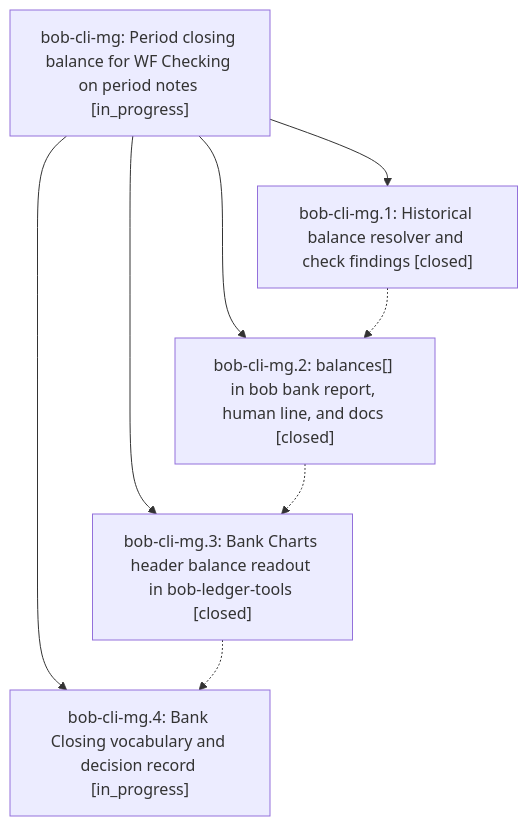
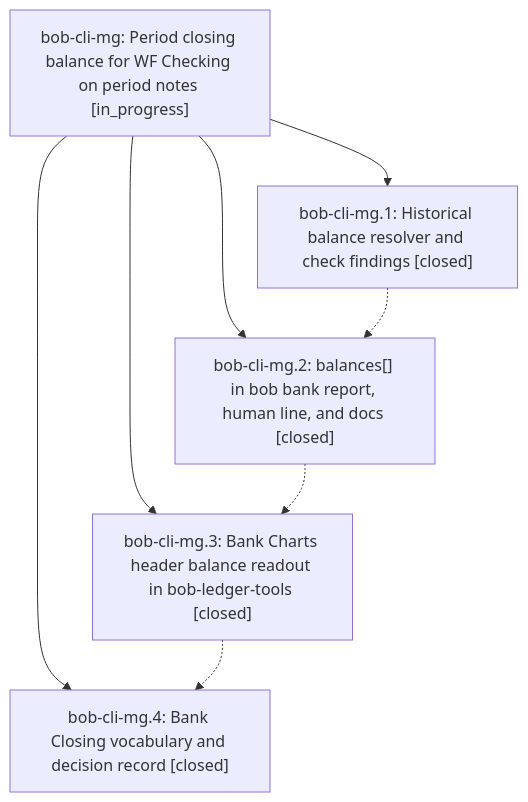
Before and after one commit to bobs-org/bob-cli--beads: the diagram in pages/bob-cli-mg/README.md, drawn with Mermaid. The commit also changed other lines of this file and 2 other files, not shown here.

First line of the commit message:
chore(beads): sync bead state and pages for bob-cli-mg

````diff
--- a/pages/bob-cli-mg/README.md
+++ b/pages/bob-cli-mg/README.md
@@ -39,15 +39,15 @@
 ```mermaid
 flowchart TD
     n0["bob-cli-mg: Period closing balance for WF Checking on period notes [in_progress]"]
     n1["bob-cli-mg.1: Historical balance resolver and check findings [closed]"]
     n2["bob-cli-mg.2: balances[] in bob bank report, human line, and docs [closed]"]
     n3["bob-cli-mg.3: Bank Charts header balance readout in bob-ledger-tools [closed]"]
-    n4["bob-cli-mg.4: Bank Closing vocabulary and decision record [in_progress]"]
+    n4["bob-cli-mg.4: Bank Closing vocabulary and decision record [closed]"]
     n0 --> n1
     n0 --> n2
     n0 --> n3
     n0 --> n4
     n1 -.-> n2
     n2 -.-> n3
     n3 -.-> n4
 ```
````
